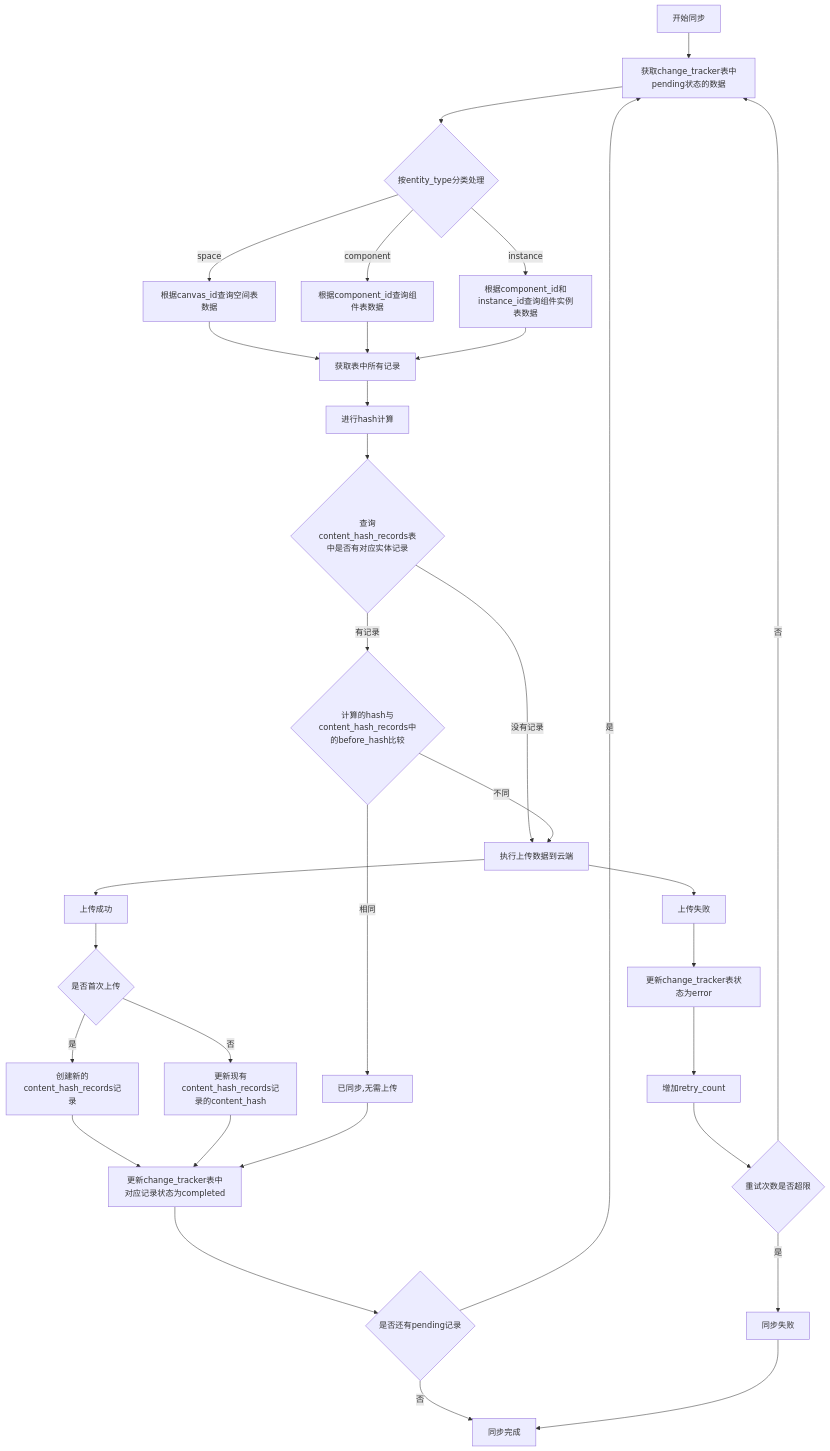
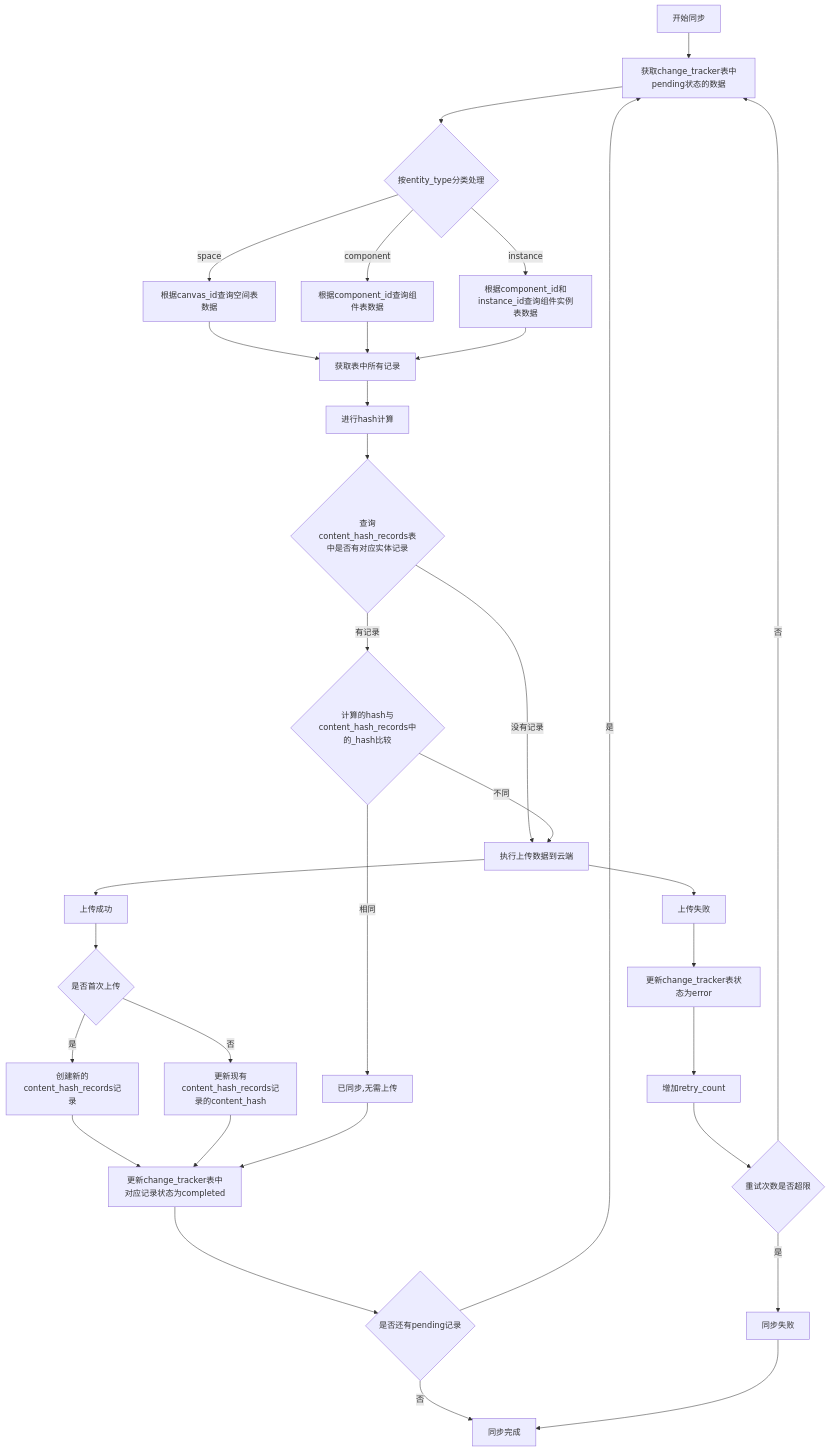
The diagram in all/未命名-44.md (yingjianzh/iodraw-files), drawn with Mermaid before and after one commit.

Commit message:
2025-04-27 11:23:28 update

````diff
--- a/all/未命名-44.md
+++ b/all/未命名-44.md
@@ -1,47 +1,47 @@
 ```mermaid
 
 flowchart TD
     A[开始同步] --> B[获取change_tracker表中pending状态的数据]
     B --> C{按entity_type分类处理}
     
     C -->|space| D1[根据canvas_id查询空间表数据]
     C -->|component| D2[根据component_id查询组件表数据]
     C -->|instance| D3[根据component_id和instance_id查询组件实例表数据]
     
     D1 --> E1[获取表中所有记录]
     D2 --> E1
     D3 --> E1
     
     E1 --> E2[进行hash计算]
     
     
     E2 --> I1{查询content_hash_records表中是否有对应实体记录}
     I1 -->|没有记录| K[执行上传数据到云端]
-    I1 -->|有记录| I2{计算的hash与content_hash_records中的before_hash比较}
+    I1 -->|有记录| I2{计算的hash与content_hash_records中的_hash比较}
     I2 -->|相同| J[已同步,无需上传]
     I2 -->|不同| K
     
     K --> L[上传成功]
     L --> M1{是否首次上传}
     M1 -->|是| M2[创建新的content_hash_records记录]
     M1 -->|否| M3[更新现有content_hash_records记录的content_hash]
     
     M2 --> N[更新change_tracker表中对应记录状态为completed]
     M3 --> N
     
     J --> N
     
     N --> O{是否还有pending记录}
     O -->|是| B
     O -->|否| P[同步完成]
     
     K --> Q[上传失败]
     Q --> R[更新change_tracker表状态为error]
     R --> S[增加retry_count]
     S --> T{重试次数是否超限}
     T -->|是| U[同步失败]
     T -->|否| B
     
     U --> P
 
 ```
````
